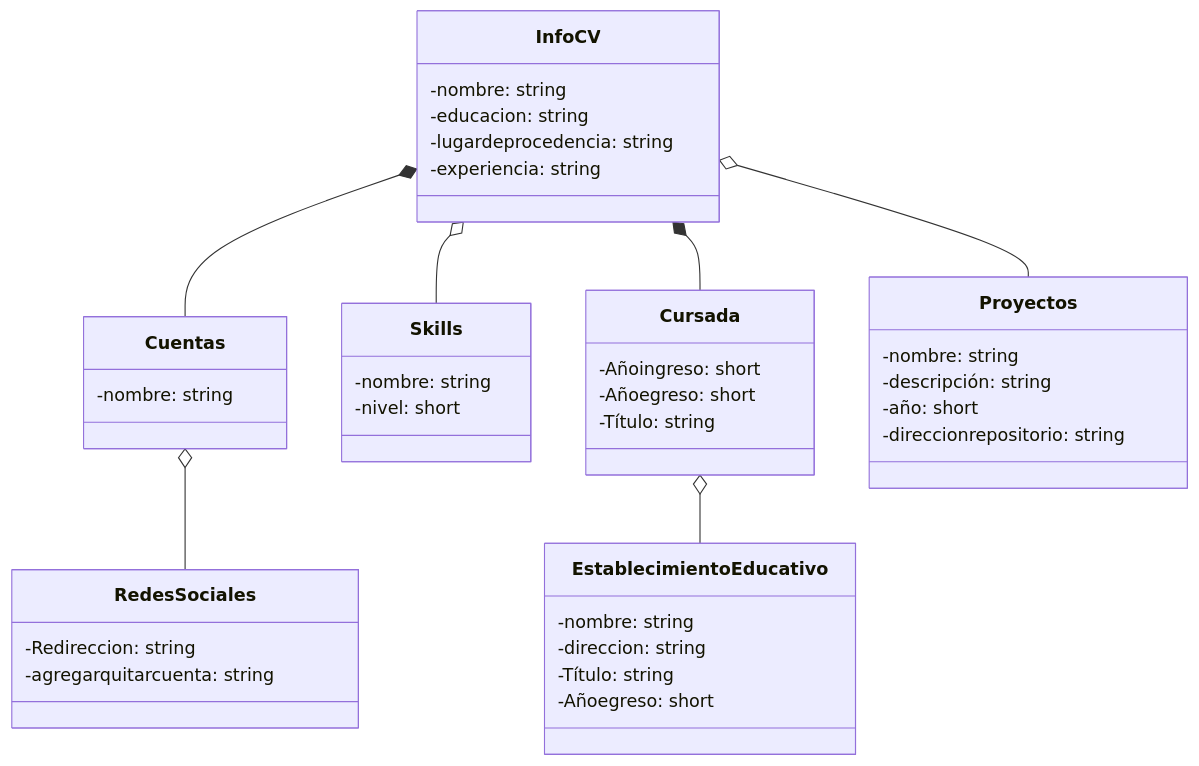
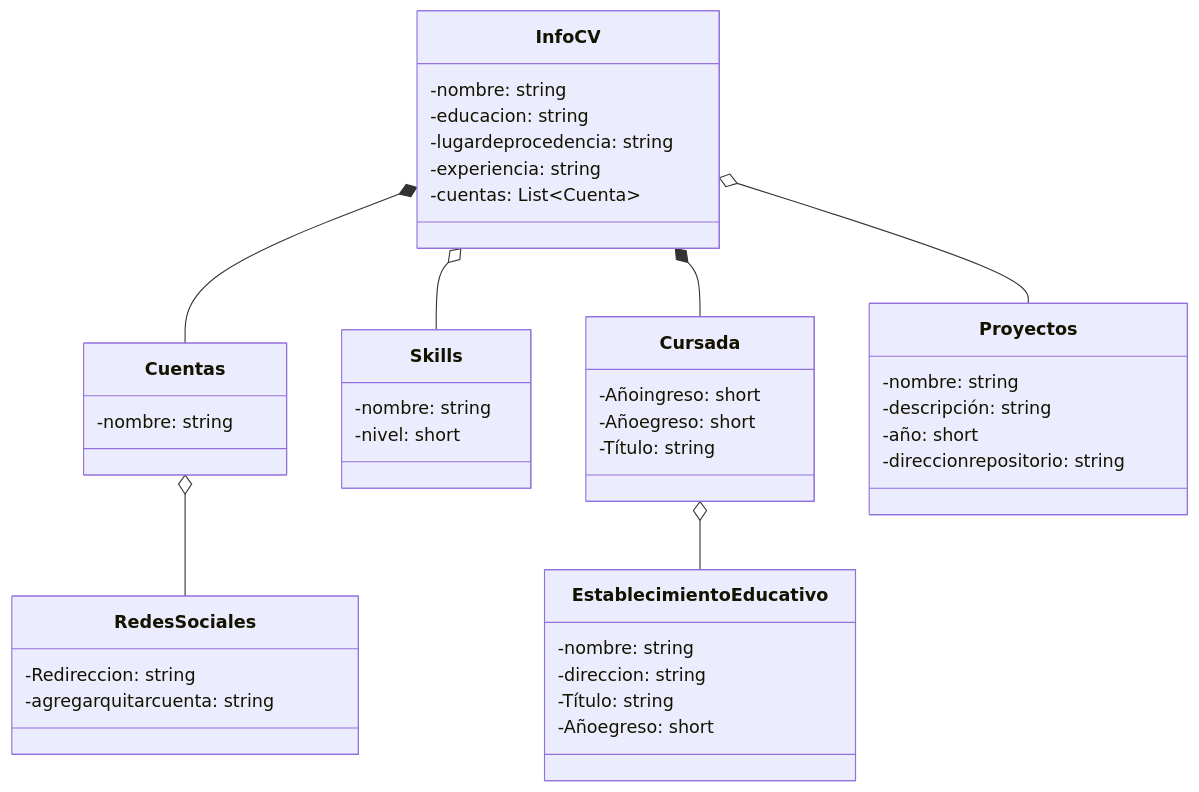
One commit to Noevd/ProyectoCurriculum changed the diagram in README.md. Above: the diagram before and after it, drawn with Mermaid. The commit also changed 6 other files, not shown here.

````diff
--- a/README.md
+++ b/README.md
@@ -3,56 +3,57 @@
 ```mermaid
 classDiagram
 
     class InfoCV{
         -nombre: string
         -educacion: string
         -lugardeprocedencia: string
         -experiencia: string
+        -cuentas: List~Cuenta~
     }
 
     class Cursada{
         -Añoingreso: short
         -Añoegreso: short
         -Título: string
     }
 
     class EstablecimientoEducativo {
         -nombre: string
         -direccion: string
         -Título: string
         -Añoegreso: short
     }
 
     Cursada o-- EstablecimientoEducativo
 
     InfoCV o-- Skills
 
     InfoCV *-- Cuentas
 
     Cuentas o-- RedesSociales
 
     InfoCV o-- Proyectos
 
     InfoCV *-- Cursada
 
     class Cuentas {
         -nombre: string
     }
 
     class RedesSociales {
         -Redireccion: string
         -agregarquitarcuenta: string
     }
 
     class Proyectos {
         -nombre: string
         -descripción: string
         -año: short
         -direccionrepositorio: string     
     }
 
     class Skills {
         -nombre: string
         -nivel: short
     }
 ```
````
